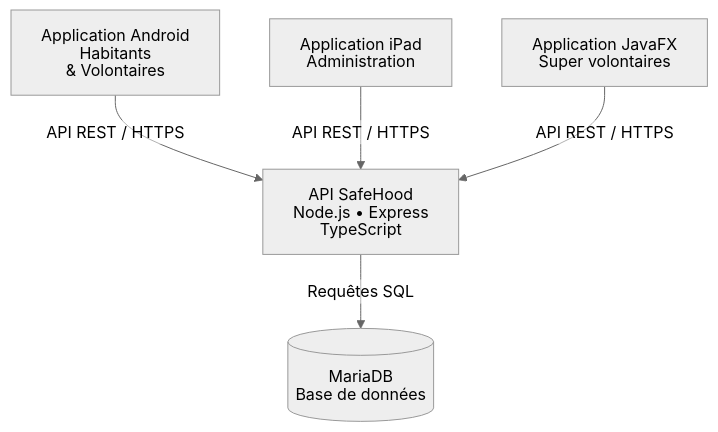
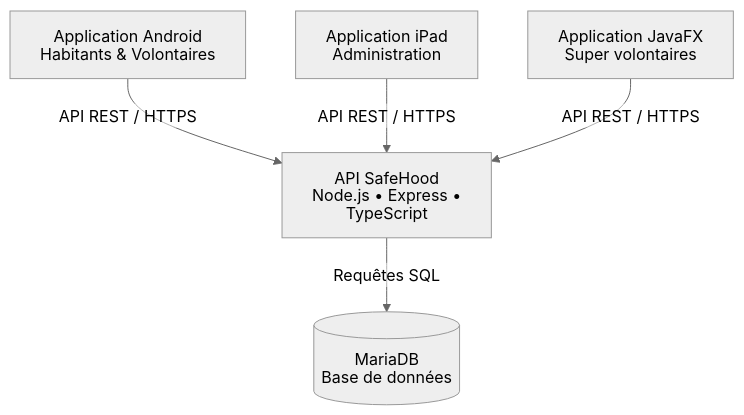
The diagram in README.md (moustapha93210/SafeHood-Team), drawn with Mermaid (neutral theme) before and after one commit.

````diff
--- a/README.md
+++ b/README.md
@@ -148,30 +148,32 @@
 ```mermaid
 ---
 config:
   htmlLabels: false
 ---
 flowchart TD
 
     Android["`Application Android
-    Habitants
-    & Volontaires`"]
+
+    Habitants & Volontaires`"]
 
     iPad["`Application iPad
+
     Administration`"]
 
     JavaFX["`Application JavaFX
     Super volontaires`"]
 
     API["`API SafeHood
-    Node.js • Express
-    TypeScript`"]
+
+    Node.js • Express • TypeScript`"]
 
     DB[("`MariaDB
+
     Base de données`")]
 
     Android -->|API REST / HTTPS| API
     iPad -->|API REST / HTTPS| API
     JavaFX -->|API REST / HTTPS| API
 
     API -->|Requêtes SQL| DB
 ```
````
